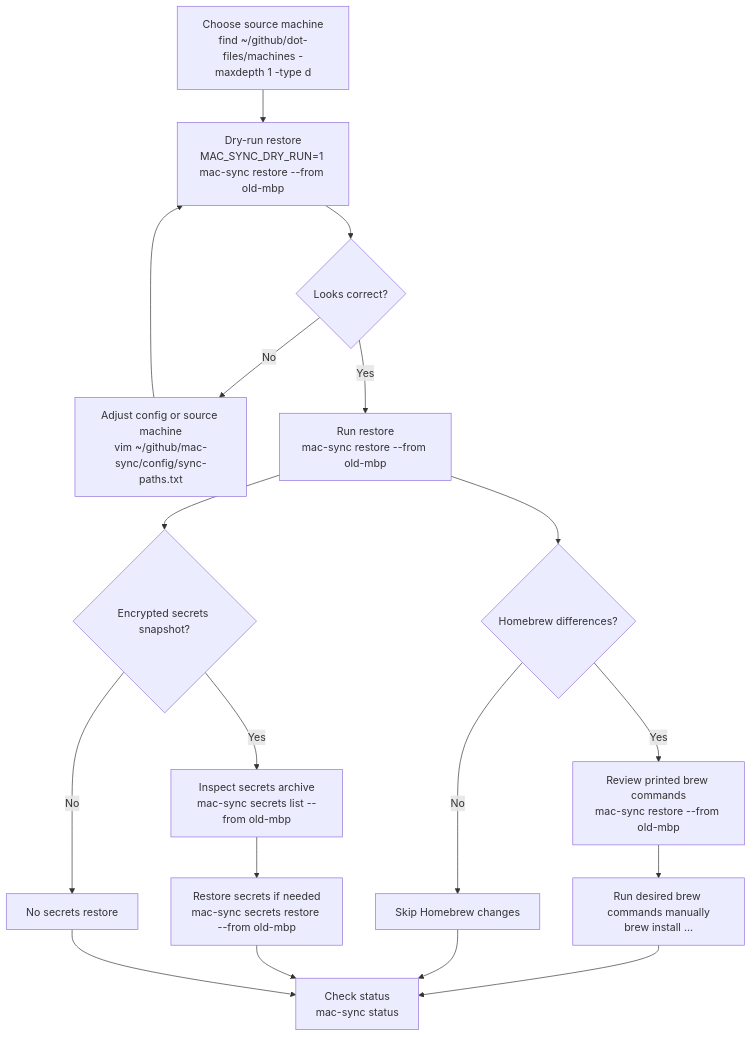
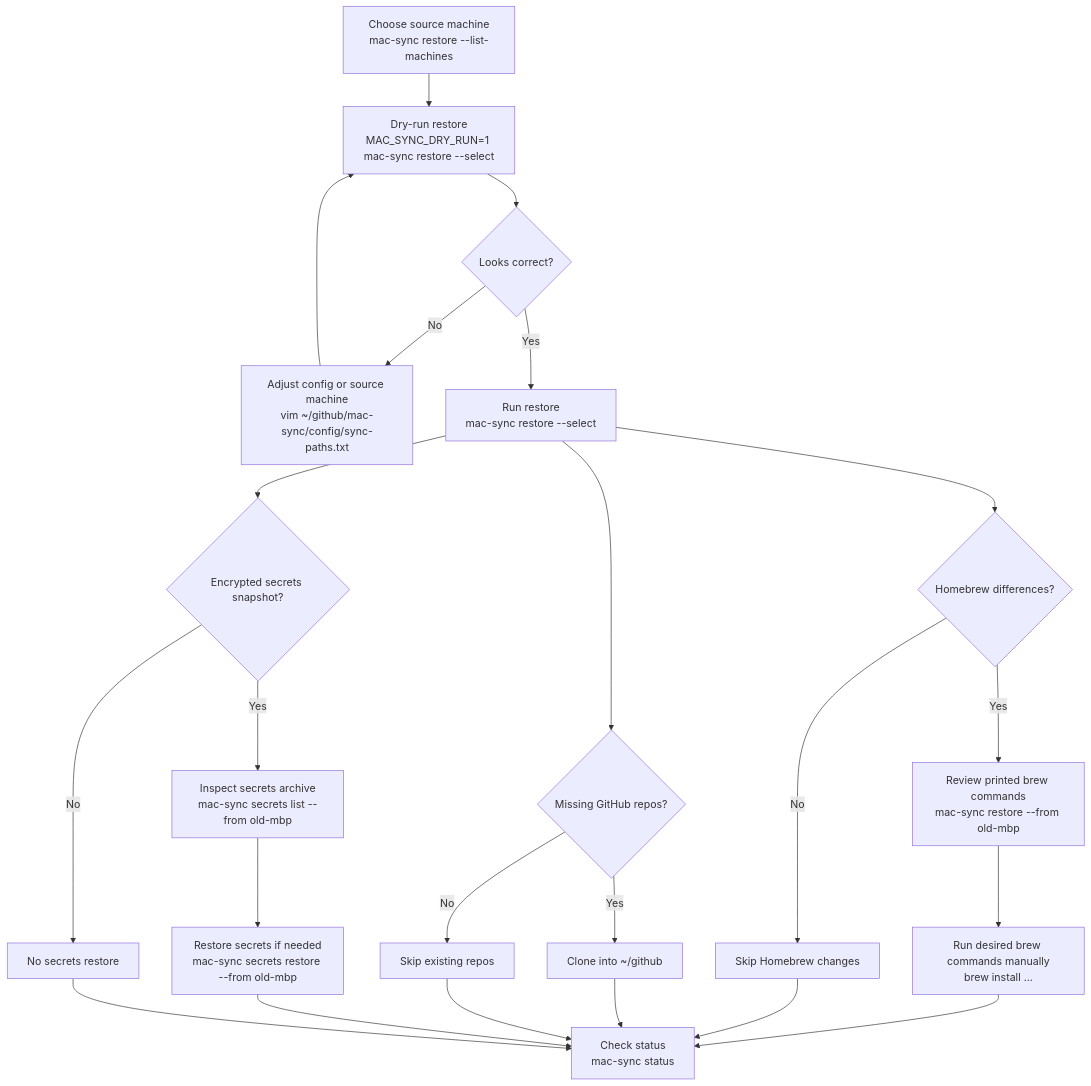
Before and after one commit to stephenlclarke/mac-sync: the third of 4 diagrams in WORKFLOW.md, drawn with Mermaid. The commit also changed other lines of this file and 8 other files, not shown here.

Commit message:
feat: restore cloned GitHub repositories

````diff
--- a/WORKFLOW.md
+++ b/WORKFLOW.md
@@ -246,20 +257,25 @@
 ```mermaid
 flowchart TD
-  A["Choose source machine<br/>find ~/github/dot-files/machines -maxdepth 1 -type d"] --> B["Dry-run restore<br/>MAC_SYNC_DRY_RUN=1 mac-sync restore --from old-mbp"]
+  A["Choose source machine<br/>mac-sync restore --list-machines"] --> B["Dry-run restore<br/>MAC_SYNC_DRY_RUN=1 mac-sync restore --select"]
   B --> C{"Looks correct?"}
   C -- "No" --> D["Adjust config or source machine<br/>vim ~/github/mac-sync/config/sync-paths.txt"]
   D --> B
-  C -- "Yes" --> E["Run restore<br/>mac-sync restore --from old-mbp"]
+  C -- "Yes" --> E["Run restore<br/>mac-sync restore --select"]
   E --> F{"Homebrew differences?"}
   F -- "Yes" --> G["Review printed brew commands<br/>mac-sync restore --from old-mbp"]
   F -- "No" --> H["Skip Homebrew changes"]
   G --> I["Run desired brew commands manually<br/>brew install ..."]
+  E --> R{"Missing GitHub repos?"}
+  R -- "Yes" --> S["Clone into ~/github"]
+  R -- "No" --> T["Skip existing repos"]
   E --> J{"Encrypted secrets snapshot?"}
   J -- "Yes" --> K["Inspect secrets archive<br/>mac-sync secrets list --from old-mbp"]
   K --> L["Restore secrets if needed<br/>mac-sync secrets restore --from old-mbp"]
   J -- "No" --> M["No secrets restore"]
   I --> N["Check status<br/>mac-sync status"]
   H --> N
+  S --> N
+  T --> N
   L --> N
   M --> N
 ```
````
